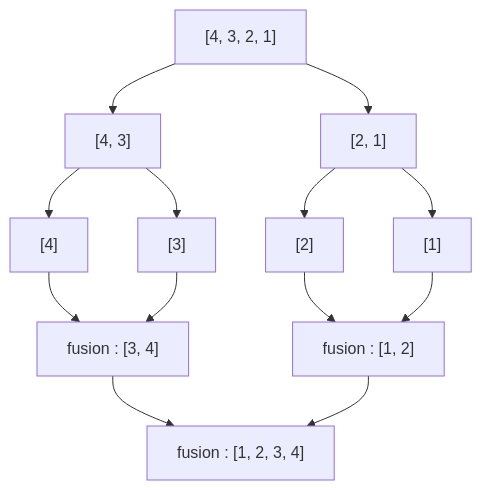
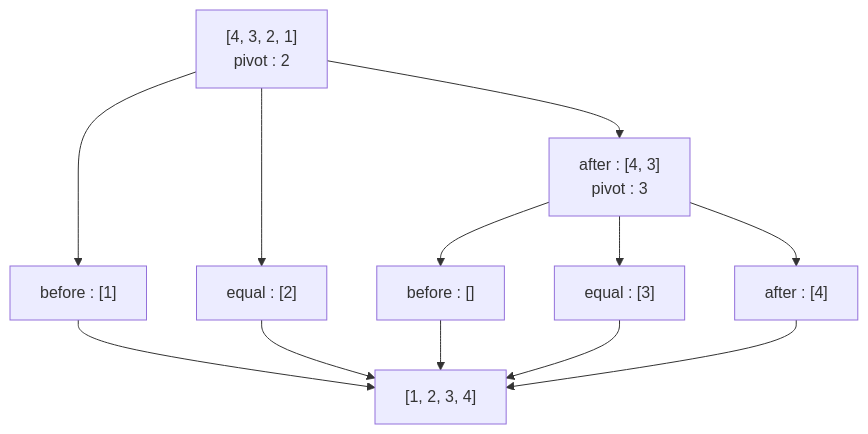
One commit to mintlify-demo/docs changed the diagram in fr/merge-sort-api/guides/how-it-works.mdx. Above: the diagram before and after it, drawn with Mermaid. The commit also changed other lines of this file and 19 other files, not shown here.

````diff
--- a/fr/merge-sort-api/guides/how-it-works.mdx
+++ b/fr/merge-sort-api/guides/how-it-works.mdx
@@ -11,15 +17,14 @@
 ```mermaid
 flowchart TD
-    A["[4, 3, 2, 1]"] --> B["[4, 3]"]
-    A --> C["[2, 1]"]
-    B --> D["[4]"]
-    B --> E["[3]"]
-    C --> F["[2]"]
-    C --> G["[1]"]
-    D --> H["fusion : [3, 4]"]
+    A["[4, 3, 2, 1]<br/>pivot : 2"] --> B["before : [1]"]
+    A --> C["equal : [2]"]
+    A --> D["after : [4, 3]<br/>pivot : 3"]
+    D --> E["before : []"]
+    D --> F["equal : [3]"]
+    D --> G["after : [4]"]
+    B --> H["[1, 2, 3, 4]"]
+    C --> H
     E --> H
-    F --> I["fusion : [1, 2]"]
-    G --> I
-    H --> J["fusion : [1, 2, 3, 4]"]
-    I --> J
+    F --> H
+    G --> H
 ```
````
